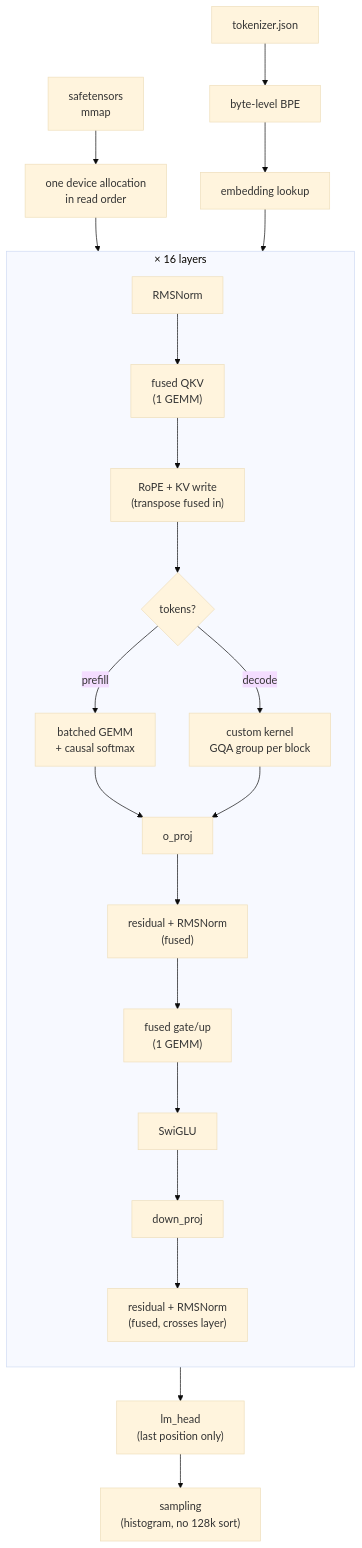
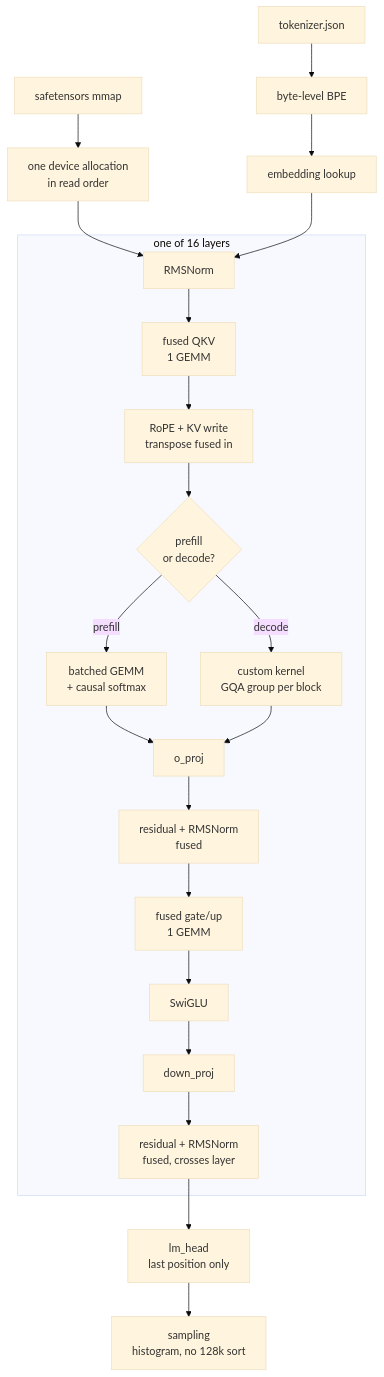
The diagram in README.md (mohamadmsalman82/llama-cuda-runtime), drawn with Mermaid (base theme) before and after one commit. The commit also changed other lines of this file, not shown here.

Commit message:
Fix diagram rendering
The prefill/decode flowchart used <b> tags and a ~~~ invisible link, neither of
which GitHub's mermaid renders, so it showed as raw source. Replaced it with a
box comparison that needs no renderer, and simplified the architecture flowchart
to conservative syntax.

````diff
--- a/README.md
+++ b/README.md
@@ -153,26 +153,26 @@
 ```mermaid
 flowchart TD
-    A["safetensors<br/>mmap"] --> B["one device allocation<br/>in read order"]
+    A["safetensors mmap"] --> B["one device allocation<br/>in read order"]
     T["tokenizer.json"] --> TK["byte-level BPE"]
     TK --> E["embedding lookup"]
-    B --> L
-    E --> L
+    B --> N1
+    E --> N1
 
-    subgraph L["× 16 layers"]
-        direction TB
-        N1["RMSNorm"] --> QKV["fused QKV<br/>(1 GEMM)"]
-        QKV --> R["RoPE + KV write<br/>(transpose fused in)"]
-        R --> AT{"tokens?"}
-        AT -->|"prefill"| PA["batched GEMM<br/>+ causal softmax"]
-        AT -->|"decode"| DA["custom kernel<br/>GQA group per block"]
+    subgraph L["one of 16 layers"]
+        N1["RMSNorm"] --> QKV["fused QKV<br/>1 GEMM"]
+        QKV --> R["RoPE + KV write<br/>transpose fused in"]
+        R --> AT{"prefill<br/>or decode?"}
+        AT -->|prefill| PA["batched GEMM<br/>+ causal softmax"]
+        AT -->|decode| DA["custom kernel<br/>GQA group per block"]
         PA --> O["o_proj"]
         DA --> O
-        O --> F1["residual + RMSNorm<br/>(fused)"]
-        F1 --> GU["fused gate/up<br/>(1 GEMM)"]
-        GU --> SW["SwiGLU"] --> DN["down_proj"]
-        DN --> F2["residual + RMSNorm<br/>(fused, crosses layer)"]
+        O --> F1["residual + RMSNorm<br/>fused"]
+        F1 --> GU["fused gate/up<br/>1 GEMM"]
+        GU --> SW["SwiGLU"]
+        SW --> DN["down_proj"]
+        DN --> F2["residual + RMSNorm<br/>fused, crosses layer"]
     end
 
-    L --> LM["lm_head<br/>(last position only)"]
-    LM --> S["sampling<br/>(histogram, no 128k sort)"]
+    F2 --> LM["lm_head<br/>last position only"]
+    LM --> S["sampling<br/>histogram, no 128k sort"]
 ```
````
